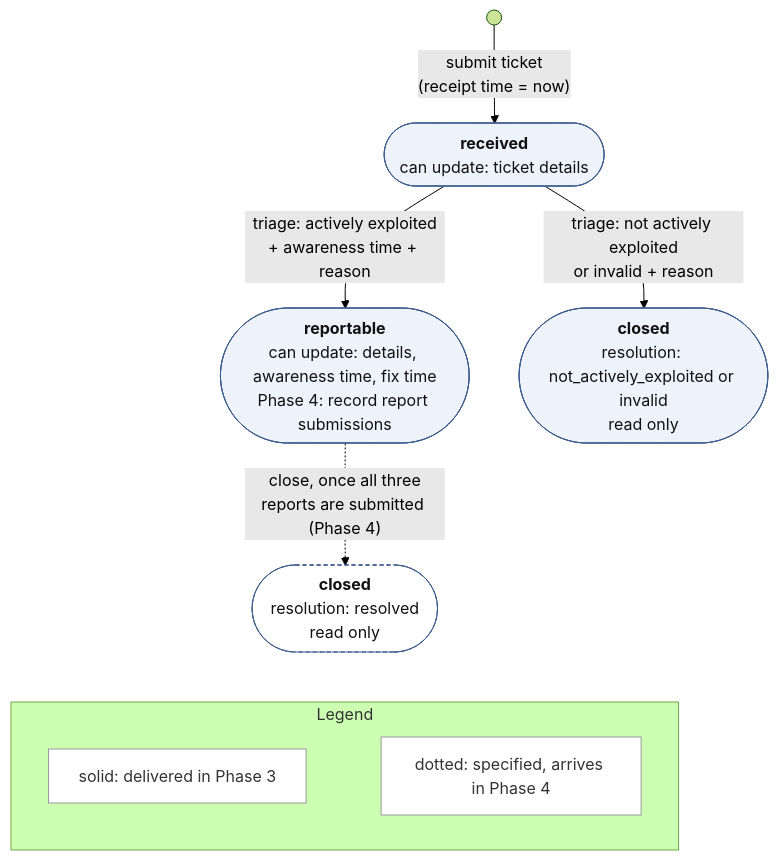
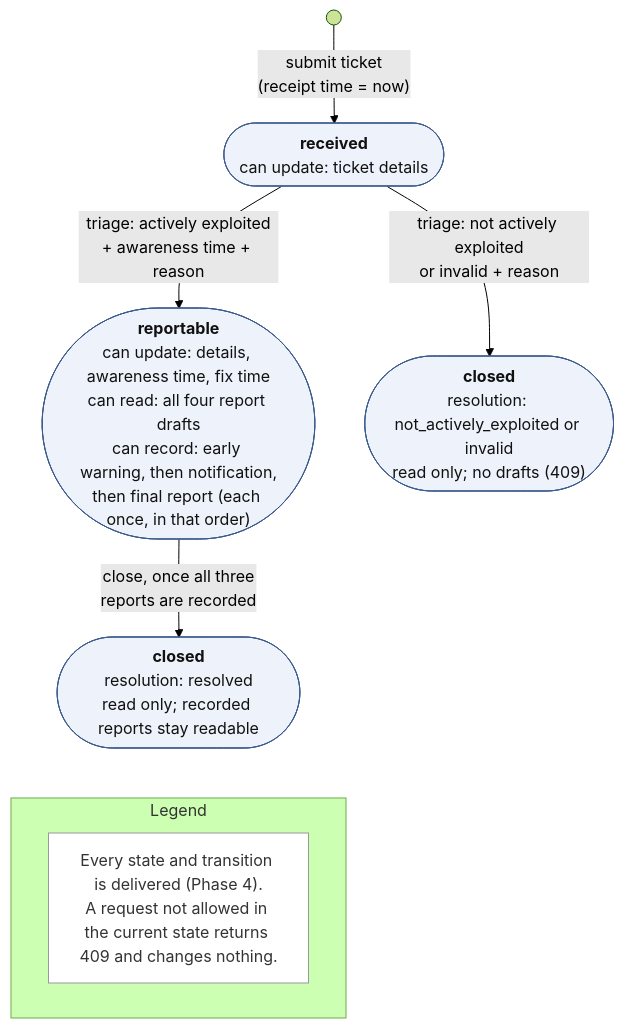
Before and after one commit to team17-ece30861/cra-service: the diagram in docs/models/model-a-ticket-lifecycle.mmd, drawn with Mermaid (forest theme). The commit also changed 6 other files, not shown here.

Commit message:
Models as delivered in Phase 4 (A, B, architecture)

```diff
--- a/docs/models/model-a-ticket-lifecycle.mmd
+++ b/docs/models/model-a-ticket-lifecycle.mmd
@@ -1,19 +1,17 @@
 flowchart TB
   start((" ")) -->|"submit ticket<br/>(receipt time = now)"| received
   received(["<b>received</b><br/>can update: ticket details"])
   received -->|"triage: actively exploited<br/>+ awareness time + reason"| reportable
   received -->|"triage: not actively exploited<br/>or invalid + reason"| closedNA
-  reportable(["<b>reportable</b><br/>can update: details, awareness time, fix time<br/>Phase 4: record report submissions"])
-  closedNA(["<b>closed</b><br/>resolution: not_actively_exploited or invalid<br/>read only"])
-  reportable -.->|"close, once all three<br/>reports are submitted (Phase 4)"| closedR(["<b>closed</b><br/>resolution: resolved<br/>read only"])
+  reportable(["<b>reportable</b><br/>can update: details, awareness time, fix time<br/>can read: all four report drafts<br/>can record: early warning, then notification,<br/>then final report (each once, in that order)"])
+  closedNA(["<b>closed</b><br/>resolution: not_actively_exploited or invalid<br/>read only; no drafts (409)"])
+  reportable -->|"close, once all three<br/>reports are recorded"| closedR(["<b>closed</b><br/>resolution: resolved<br/>read only; recorded reports stay readable"])
   subgraph legend["Legend"]
     direction LR
-    l1["solid: delivered in Phase 3"] ~~~ l2["dotted: specified, arrives in Phase 4"]
+    l1["Every state and transition is delivered (Phase 4).<br/>A request not allowed in the current state returns 409 and changes nothing."]
   end
   closedR ~~~ legend
   classDef state fill:#eef3fb,stroke:#3b5b8c,color:#111
-  classDef planned fill:#ffffff,stroke:#3b5b8c,stroke-dasharray:4 3,color:#111
   classDef note fill:#ffffff,stroke:#999,color:#333
-  class received,reportable,closedNA state
-  class closedR planned
-  class l1,l2 note
+  class received,reportable,closedNA,closedR state
+  class l1 note
```
